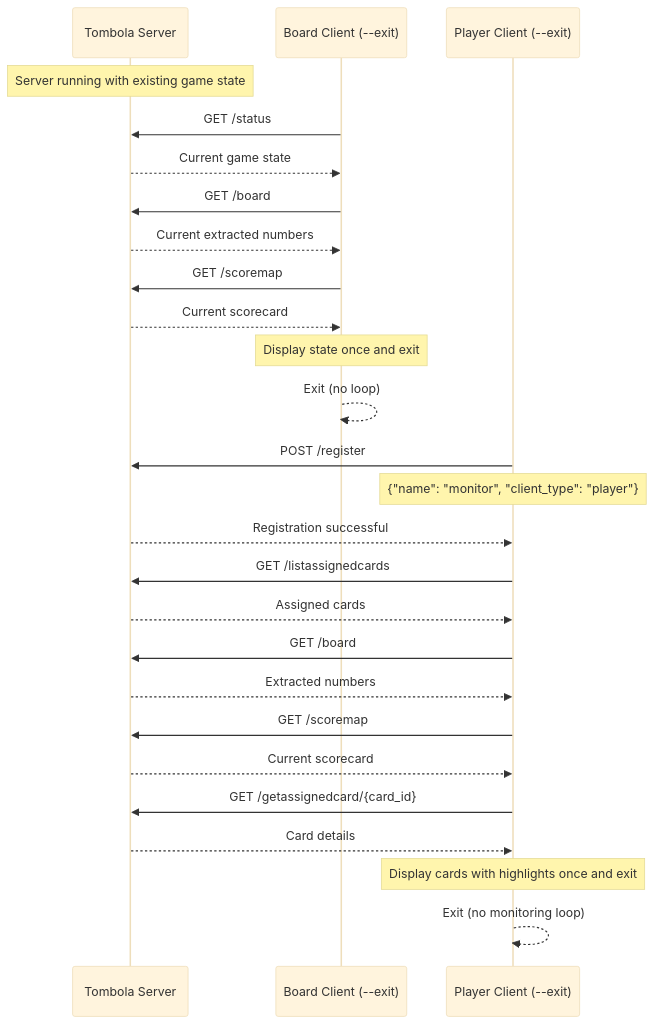
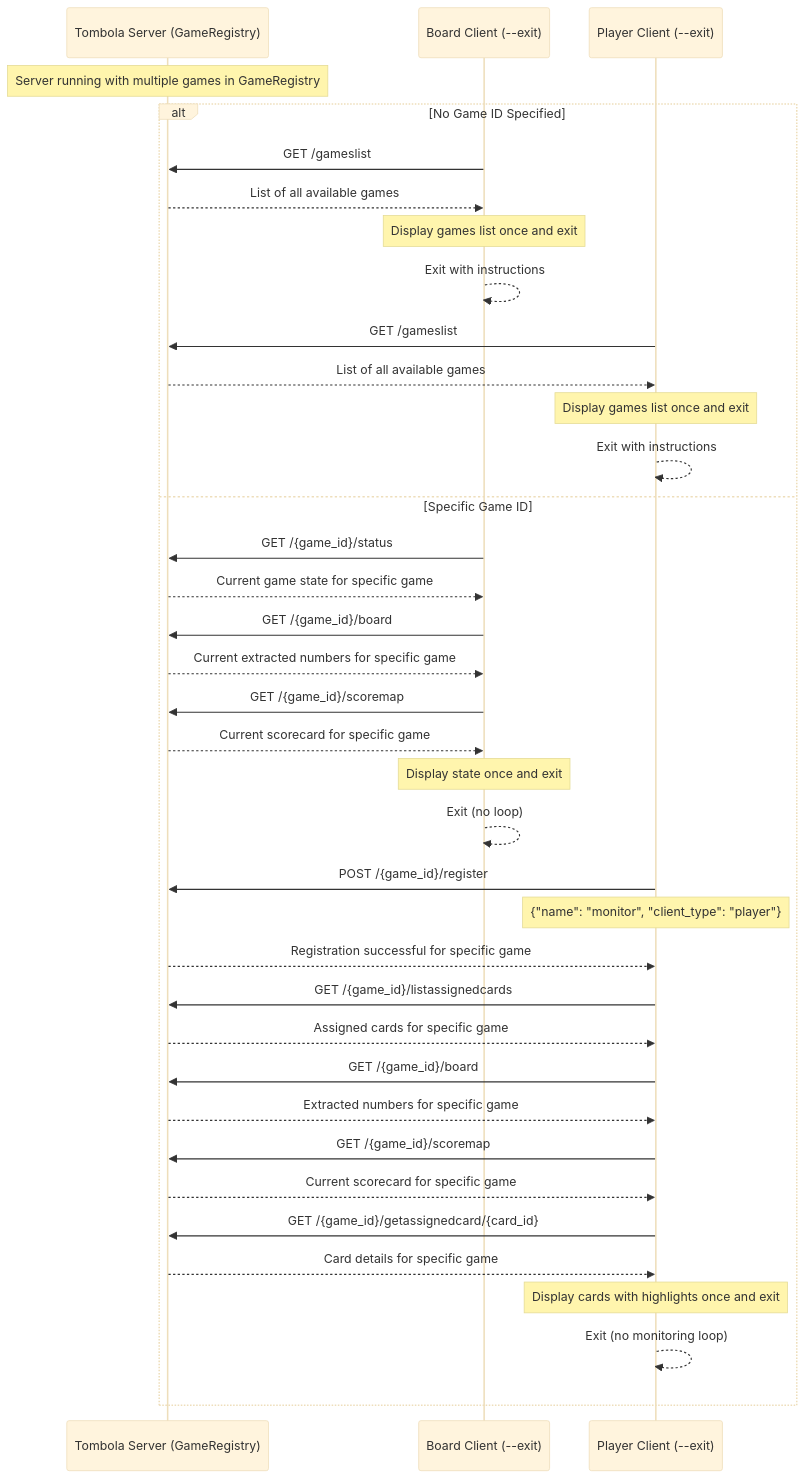
The seventh of 11 diagrams in docs/FLOWS.md (badbat75/tombola), drawn with Mermaid (base theme) before and after one commit. The commit also changed other lines of this file and 13 other files, not shown here.

First line of the commit message:
Implement multi-game architecture with GameRegistry system

````diff
--- a/docs/FLOWS.md
+++ b/docs/FLOWS.md
@@ -84,39 +196,51 @@
 ```mermaid
 sequenceDiagram
-    participant S as Tombola Server
+    participant S as Tombola Server (GameRegistry)
     participant BC as Board Client (--exit)
     participant PC as Player Client (--exit)
 
-    Note over S: Server running with existing game state
+    Note over S: Server running with multiple games in GameRegistry
 
-    BC->>S: GET /status
-    S-->>BC: Current game state
+    alt No Game ID Specified
+        BC->>S: GET /gameslist
+        S-->>BC: List of all available games
+        Note over BC: Display games list once and exit
+        BC-->>BC: Exit with instructions
 
-    BC->>S: GET /board
-    S-->>BC: Current extracted numbers
+        PC->>S: GET /gameslist
+        S-->>PC: List of all available games
+        Note over PC: Display games list once and exit
+        PC-->>PC: Exit with instructions
+    else Specific Game ID
+        BC->>S: GET /{game_id}/status
+        S-->>BC: Current game state for specific game
 
-    BC->>S: GET /scoremap
-    S-->>BC: Current scorecard
+        BC->>S: GET /{game_id}/board
+        S-->>BC: Current extracted numbers for specific game
 
-    Note over BC: Display state once and exit
-    BC-->>BC: Exit (no loop)
+        BC->>S: GET /{game_id}/scoremap
+        S-->>BC: Current scorecard for specific game
 
-    PC->>S: POST /register
-    Note over PC: {"name": "monitor", "client_type": "player"}
-    S-->>PC: Registration successful
+        Note over BC: Display state once and exit
+        BC-->>BC: Exit (no loop)
 
-    PC->>S: GET /listassignedcards
-    S-->>PC: Assigned cards
+        PC->>S: POST /{game_id}/register
+        Note over PC: {"name": "monitor", "client_type": "player"}
+        S-->>PC: Registration successful for specific game
 
-    PC->>S: GET /board
-    S-->>PC: Extracted numbers
+        PC->>S: GET /{game_id}/listassignedcards
+        S-->>PC: Assigned cards for specific game
 
-    PC->>S: GET /scoremap
-    S-->>PC: Current scorecard
+        PC->>S: GET /{game_id}/board
+        S-->>PC: Extracted numbers for specific game
 
-    PC->>S: GET /getassignedcard/{card_id}
-    S-->>PC: Card details
+        PC->>S: GET /{game_id}/scoremap
+        S-->>PC: Current scorecard for specific game
 
-    Note over PC: Display cards with highlights once and exit
-    PC-->>PC: Exit (no monitoring loop)
+        PC->>S: GET /{game_id}/getassignedcard/{card_id}
+        S-->>PC: Card details for specific game
+
+        Note over PC: Display cards with highlights once and exit
+        PC-->>PC: Exit (no monitoring loop)
+    end
 ```
````
